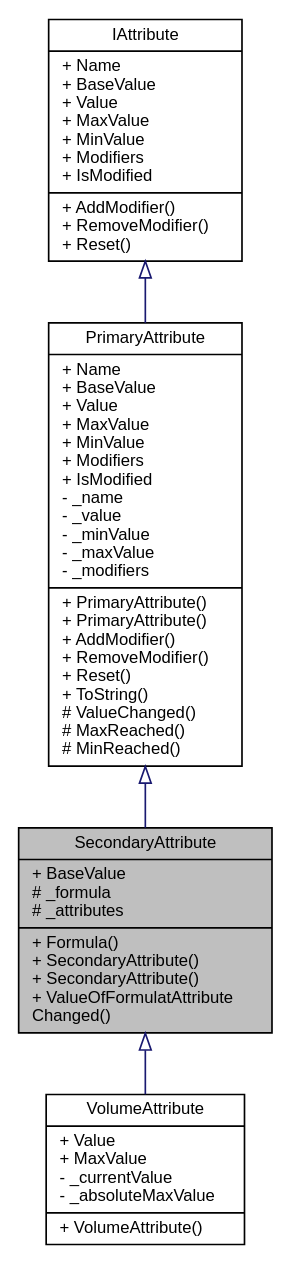
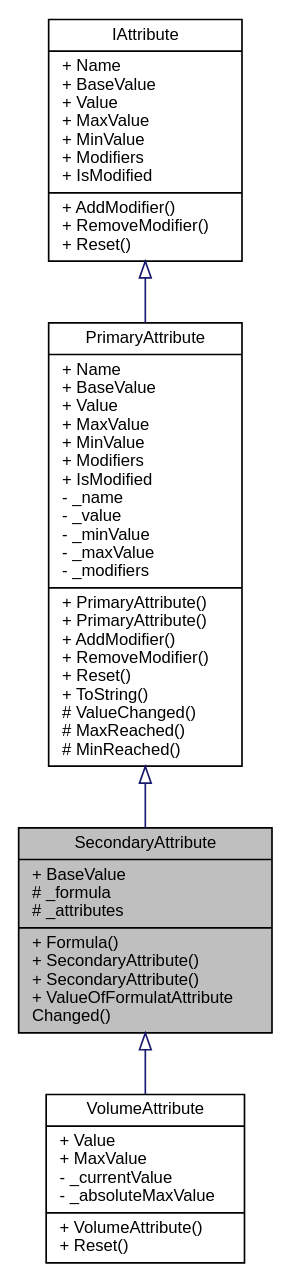
One commit to PaulSchweizer/ActionRpgKit changed the diagram in d9/d4d/class_action_rpg_kit_1_1_character_1_1_attribute_1_1_secondary_attribute__inherit__graph.dot. Above: the diagram before and after it, drawn with Graphviz. The commit also changed 323 other files, not shown here.

```diff
--- a/d9/d4d/class_action_rpg_kit_1_1_character_1_1_attribute_1_1_secondary_attribute__inherit__graph.dot
+++ b/d9/d4d/class_action_rpg_kit_1_1_character_1_1_attribute_1_1_secondary_attribute__inherit__graph.dot
@@ -1,13 +1,13 @@
 digraph "SecondaryAttribute"
 {
  // INTERACTIVE_SVG=YES
   edge [fontname="Helvetica",fontsize="10",labelfontname="Helvetica",labelfontsize="10"];
   node [fontname="Helvetica",fontsize="10",shape=record];
   Node1 [label="{SecondaryAttribute\n|+ BaseValue\l# _formula\l# _attributes\l|+ Formula()\l+ SecondaryAttribute()\l+ SecondaryAttribute()\l+ ValueOfFormulatAttribute\lChanged()\l}",height=0.2,width=0.4,color="black", fillcolor="grey75", style="filled", fontcolor="black"];
   Node2 -> Node1 [dir="back",color="midnightblue",fontsize="10",style="solid",arrowtail="onormal",fontname="Helvetica"];
   Node2 [label="{PrimaryAttribute\n|+ Name\l+ BaseValue\l+ Value\l+ MaxValue\l+ MinValue\l+ Modifiers\l+ IsModified\l- _name\l- _value\l- _minValue\l- _maxValue\l- _modifiers\l|+ PrimaryAttribute()\l+ PrimaryAttribute()\l+ AddModifier()\l+ RemoveModifier()\l+ Reset()\l+ ToString()\l# ValueChanged()\l# MaxReached()\l# MinReached()\l}",height=0.2,width=0.4,color="black", fillcolor="white", style="filled",URL="$d5/ddc/class_action_rpg_kit_1_1_character_1_1_attribute_1_1_primary_attribute.xhtml",tooltip="Represents a simple float value."];
   Node3 -> Node2 [dir="back",color="midnightblue",fontsize="10",style="solid",arrowtail="onormal",fontname="Helvetica"];
   Node3 [label="{IAttribute\n|+ Name\l+ BaseValue\l+ Value\l+ MaxValue\l+ MinValue\l+ Modifiers\l+ IsModified\l|+ AddModifier()\l+ RemoveModifier()\l+ Reset()\l}",height=0.2,width=0.4,color="black", fillcolor="white", style="filled",URL="$d5/d7e/interface_action_rpg_kit_1_1_character_1_1_attribute_1_1_i_attribute.xhtml",tooltip="Interface for Attributes."];
   Node1 -> Node4 [dir="back",color="midnightblue",fontsize="10",style="solid",arrowtail="onormal",fontname="Helvetica"];
-  Node4 [label="{VolumeAttribute\n|+ Value\l+ MaxValue\l- _currentValue\l- _absoluteMaxValue\l|+ VolumeAttribute()\l}",height=0.2,width=0.4,color="black", fillcolor="white", style="filled",URL="$d6/ddf/class_action_rpg_kit_1_1_character_1_1_attribute_1_1_volume_attribute.xhtml",tooltip="Represents a volume of something, e.g. magic, life. The base value is derived through a formula and s..."];
+  Node4 [label="{VolumeAttribute\n|+ Value\l+ MaxValue\l- _currentValue\l- _absoluteMaxValue\l|+ VolumeAttribute()\l+ Reset()\l}",height=0.2,width=0.4,color="black", fillcolor="white", style="filled",URL="$d6/ddf/class_action_rpg_kit_1_1_character_1_1_attribute_1_1_volume_attribute.xhtml",tooltip="Represents a volume of something, e.g. magic, life. The base value is derived through a formula and s..."];
 }
```
